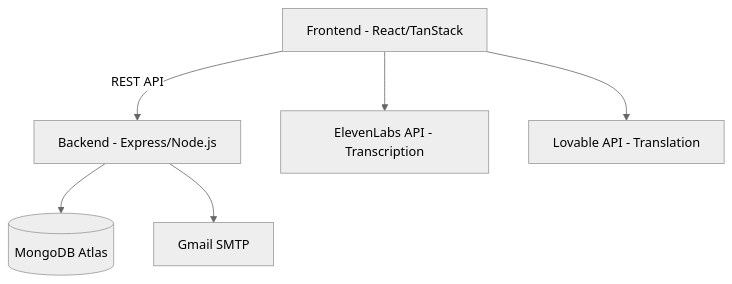
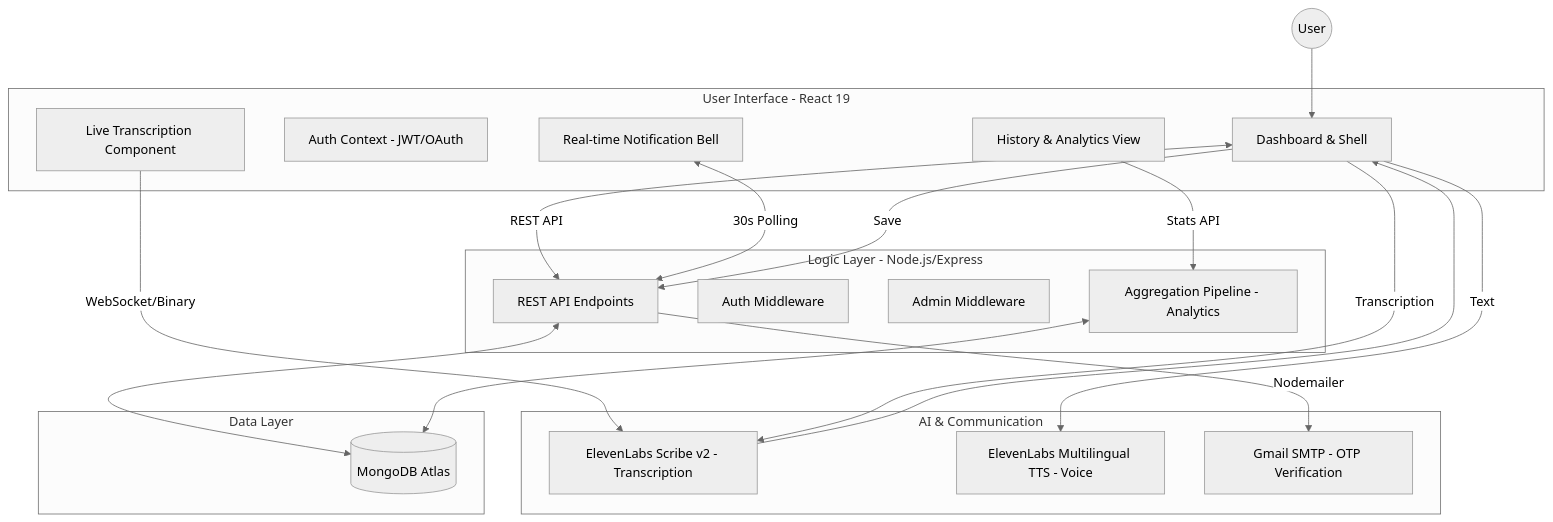
Before and after one commit to Muler8905/polyglotScribe: the diagram in README.md, drawn with Mermaid (neutral theme).

Commit message:
docs: update system architecture diagram in README.md

````diff
--- a/README.md
+++ b/README.md
@@ -117,8 +117,43 @@
 ```mermaid
 graph TD
-    A[Frontend - React/TanStack] -->|REST API| B[Backend - Express/Node.js]
-    B --> C[(MongoDB Atlas)]
-    B --> D[Gmail SMTP]
-    A --> E[ElevenLabs API - Transcription]
-    A --> F[Lovable API - Translation]
+    subgraph Client [User Interface - React 19]
+        FE[Dashboard & Shell]
+        Auth[Auth Context - JWT/OAuth]
+        Live[Live Transcription Component]
+        History[History & Analytics View]
+        Notify[Real-time Notification Bell]
+    end
+
+    subgraph External [AI & Communication]
+        EL_Scribe[ElevenLabs Scribe v2 - Transcription]
+        EL_TTS[ElevenLabs Multilingual TTS - Voice]
+        Gmail[Gmail SMTP - OTP Verification]
+    end
+
+    subgraph Backend [Logic Layer - Node.js/Express]
+        API[REST API Endpoints]
+        M_Auth[Auth Middleware]
+        M_Admin[Admin Middleware]
+        Agg[Aggregation Pipeline - Analytics]
+    end
+
+    subgraph Storage [Data Layer]
+        DB[(MongoDB Atlas)]
+    end
+
+    %% Connections
+    FE <-->|REST API| API
+    Notify <-->|30s Polling| API
+    Live -->|WebSocket/Binary| EL_Scribe
+    API <--> DB
+    API -->|Nodemailer| Gmail
+    FE -->|Text| EL_TTS
+    History -->|Stats API| Agg
+    Agg <--> DB
+
+    %% Data Flow
+    User((User)) --> FE
+    FE -->|Transcription| EL_Scribe
+    EL_Scribe --> FE
+    FE -->|Save| API
 ```
````
